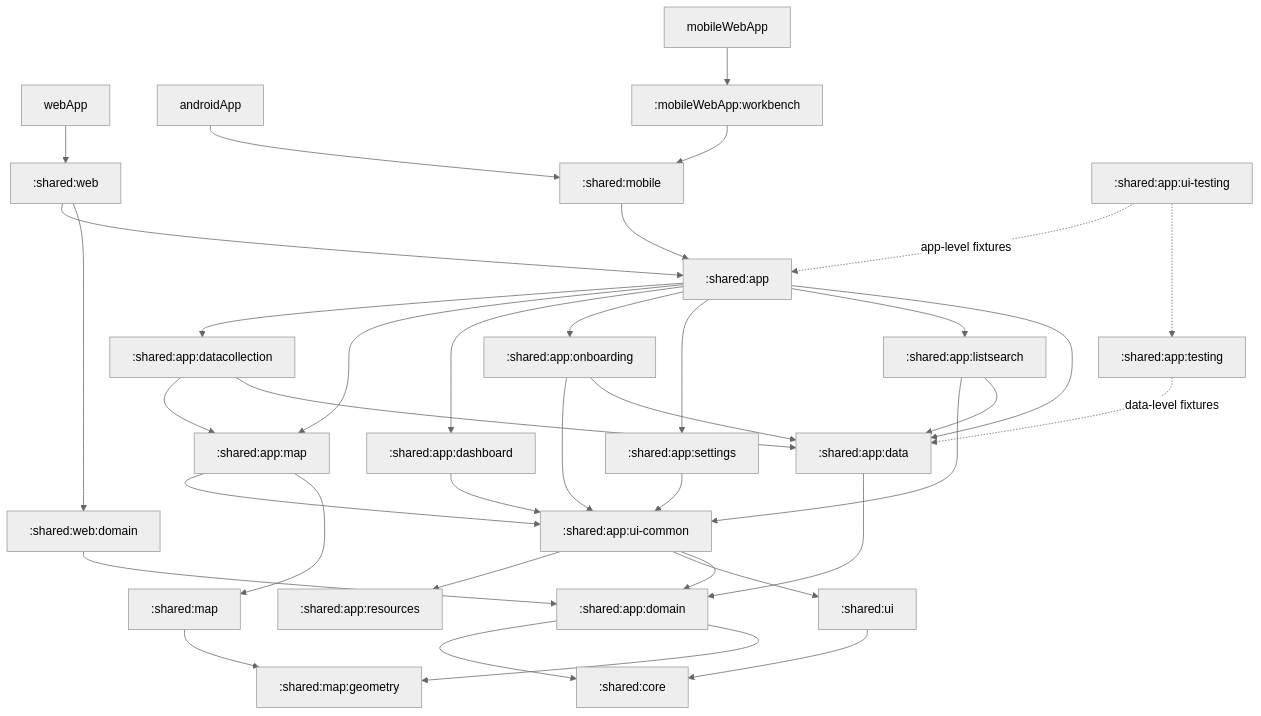
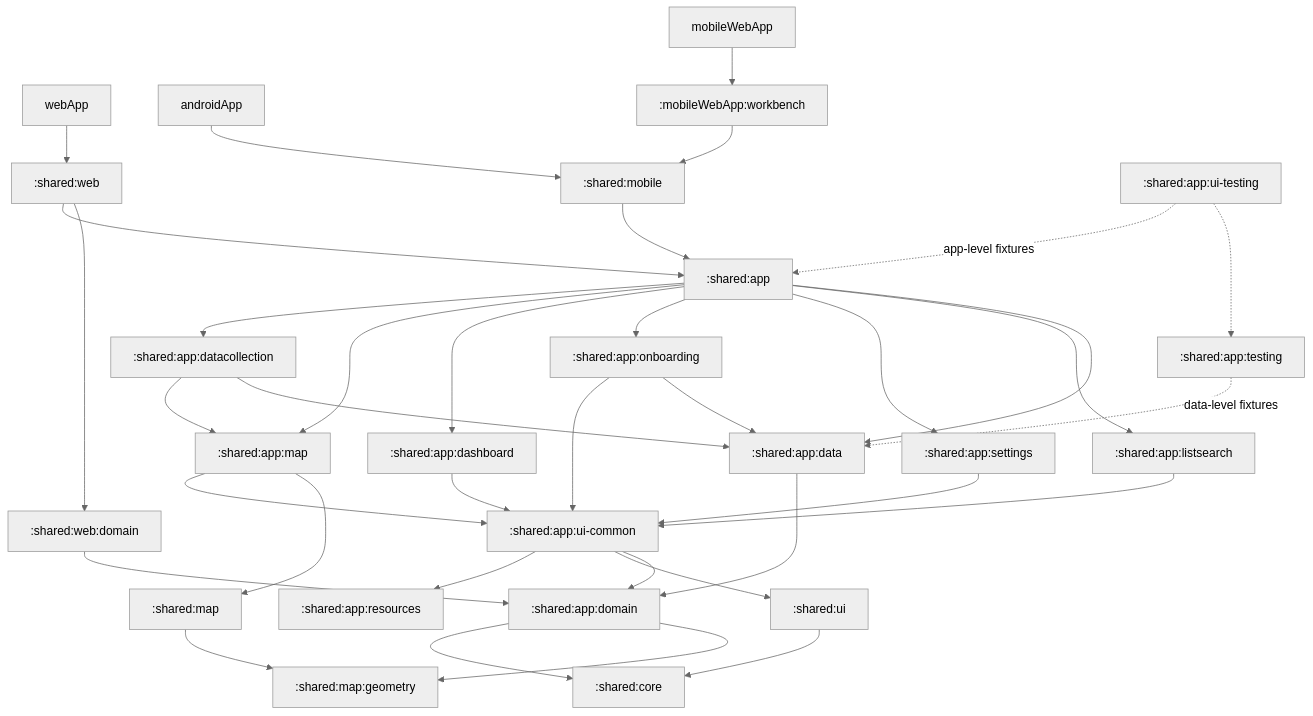
One commit to google/ground-platform changed the first of 2 diagrams in docs/technical/client/modules.md. Above: the diagram before and after it, drawn with Mermaid (neutral theme). The commit also changed other lines of this file and 3 other files, not shown here.

Commit message:
refactor(listsearch): read hasLiveGeocoder from PlaceRepository and drop :shared:app:data dep

````diff
--- a/docs/technical/client/modules.md
+++ b/docs/technical/client/modules.md
@@ -36,39 +36,38 @@
 ```mermaid
 flowchart TD
   webApp --> web[":shared:web"]
   androidApp --> mobile[":shared:mobile"]
   mobileWebApp --> workbench[":mobileWebApp:workbench"]
   workbench --> mobile
   web --> app[":shared:app"]
   web --> webdomain[":shared:web:domain"]
   webdomain --> domain
   mobile --> app
   app --> datacollection[":shared:app:datacollection"]
   app --> mapfeature[":shared:app:map"]
   app --> dashboard[":shared:app:dashboard"]
   app --> onboarding[":shared:app:onboarding"]
   app --> settings[":shared:app:settings"]
   app --> listsearch[":shared:app:listsearch"]
   dashboard --> uicommon
   settings --> uicommon
   onboarding --> uicommon
   onboarding --> data
   listsearch --> uicommon
-  listsearch --> data
   datacollection --> mapfeature
   datacollection --> data
   mapfeature --> uicommon[":shared:app:ui-common"]
   mapfeature --> map[":shared:map"]
   uicommon --> resources[":shared:app:resources"]
   uicommon --> ui[":shared:ui"]
   uicommon --> domain
   app --> data[":shared:app:data"]
   data --> domain[":shared:app:domain"]
   domain --> core[":shared:core"]
   domain --> geometry[":shared:map:geometry"]
   map --> geometry
   ui --> core
   testing[":shared:app:testing"] -.->|data-level fixtures| data
   uitesting[":shared:app:ui-testing"] -.->|app-level fixtures| app
   uitesting -.-> testing
 ```
````
